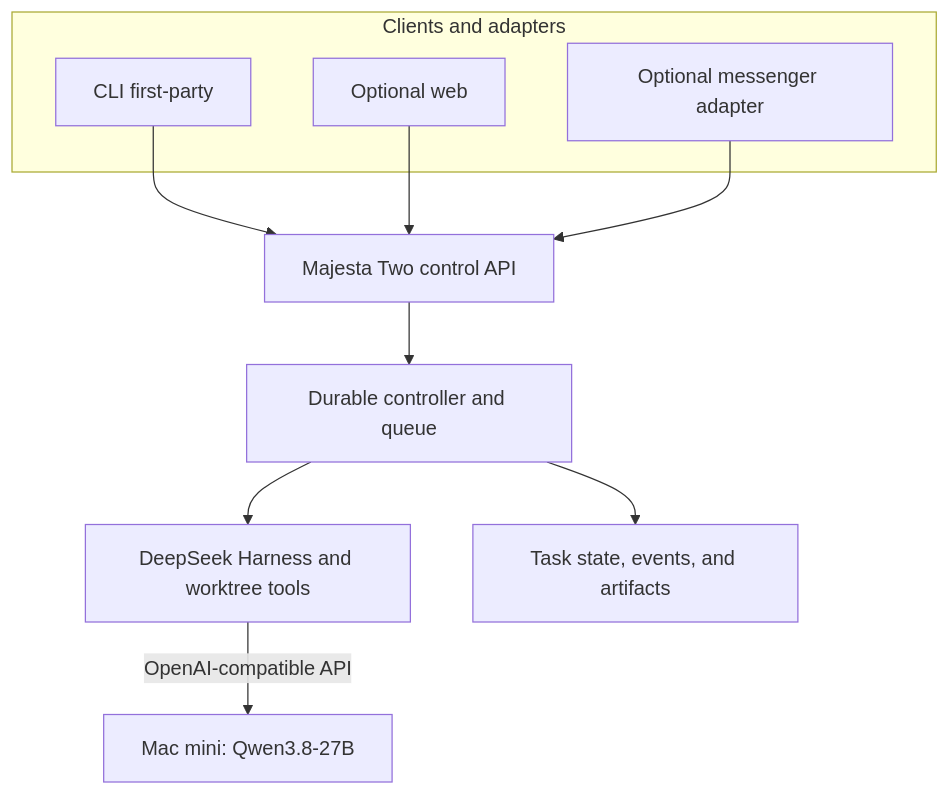
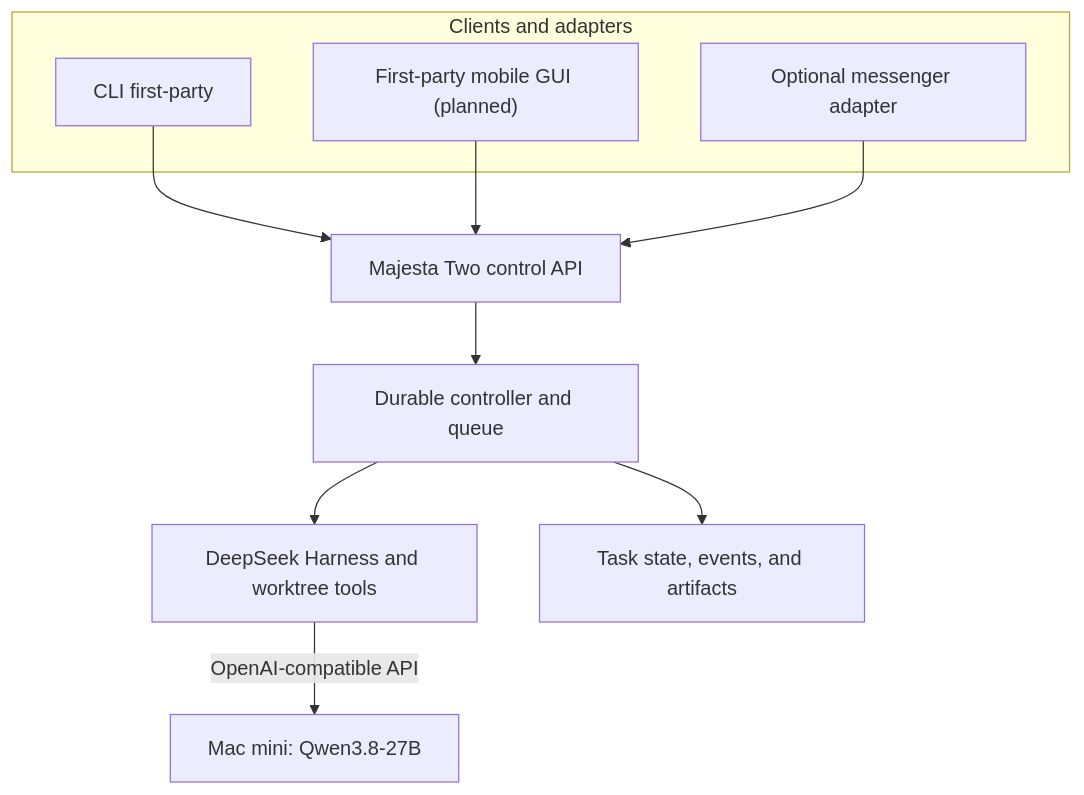
Before and after one commit to MajestaNet/two: the first of 2 diagrams in docs/architecture.md, drawn with Mermaid. The commit also changed other lines of this file and 32 other files, not shown here.

Commit message:
docs: design client API and secure mobile direction

````diff
--- a/docs/architecture.md
+++ b/docs/architecture.md
@@ -94,15 +94,15 @@
 ```mermaid
 flowchart TB
     subgraph Channels["Clients and adapters"]
         CLI["CLI first-party"]
-        WEB["Optional web"]
+        MOBILE["First-party mobile GUI (planned)"]
         MSG["Optional messenger adapter"]
     end
     CLI --> API["Majesta Two control API"]
-    WEB --> API
+    MOBILE --> API
     MSG --> API
     API --> C["Durable controller and queue"]
     C --> H["DeepSeek Harness and worktree tools"]
     C --> S["Task state, events, and artifacts"]
     H -->|"OpenAI-compatible API"| M["Mac mini: Qwen3.8-27B"]
 ```
````
